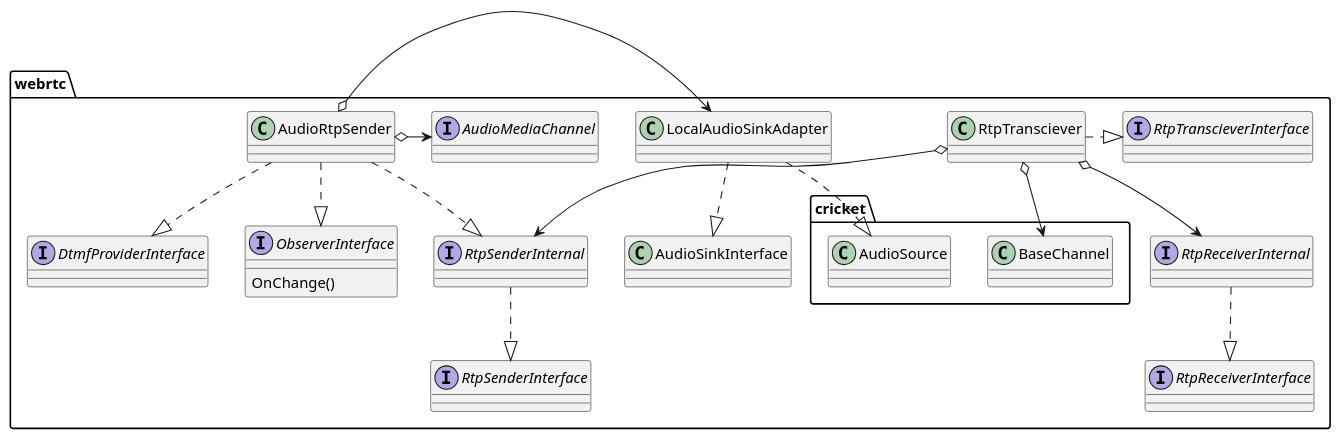
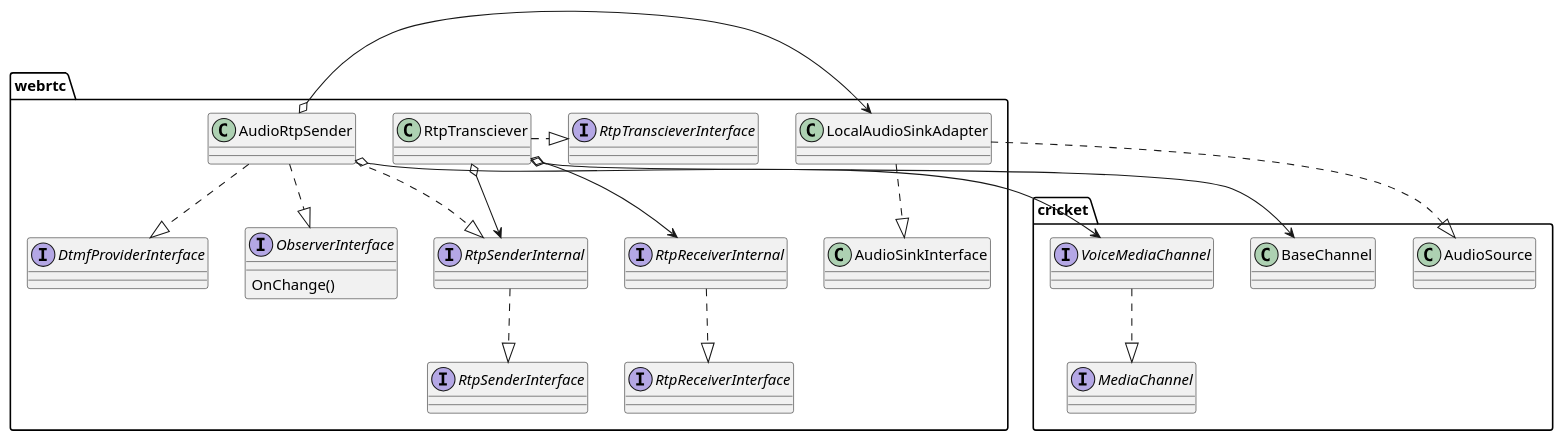
One commit to mingxin505/webrtcNote changed the first of 4 diagrams in webrtc_chrome/transceiver.md. Above: the diagram before and after it, drawn with PlantUML. The commit also changed other lines of this file and 4 other files, not shown here.

````diff
--- a/webrtc_chrome/transceiver.md
+++ b/webrtc_chrome/transceiver.md
@@ -1,29 +1,33 @@
 ```plantuml
+package cricket {
+    interface VoiceMediaChannel
+    interface MediaChannel
+    VoiceMediaChannel ..|> MediaChannel
+}
 package webrtc {
 interface RtpTranscieverInterface
 interface RtpSenderInternal
 interface RtpReceiverInternal
 interface RtpSenderInterface
 interface RtpReceiverInterface
 interface ObserverInterface {
     OnChange()
 }
 interface DtmfProviderInterface
-interface AudioMediaChannel
 RtpTransciever .|>RtpTranscieverInterface
 RtpTransciever o--> RtpSenderInternal
 RtpTransciever o--> RtpReceiverInternal
 RtpTransciever o--> cricket.BaseChannel
 RtpSenderInternal ..|> RtpSenderInterface
 RtpReceiverInternal ..|> RtpReceiverInterface
 AudioRtpSender ..|> RtpSenderInternal
 AudioRtpSender ..|> ObserverInterface
 AudioRtpSender ..|> DtmfProviderInterface
 
-AudioRtpSender o-> AudioMediaChannel
+AudioRtpSender o-> VoiceMediaChannel
 AudioRtpSender o->  LocalAudioSinkAdapter
 
 LocalAudioSinkAdapter ..|> AudioSinkInterface
 LocalAudioSinkAdapter ..|> cricket.AudioSource
 }
 ```
````
